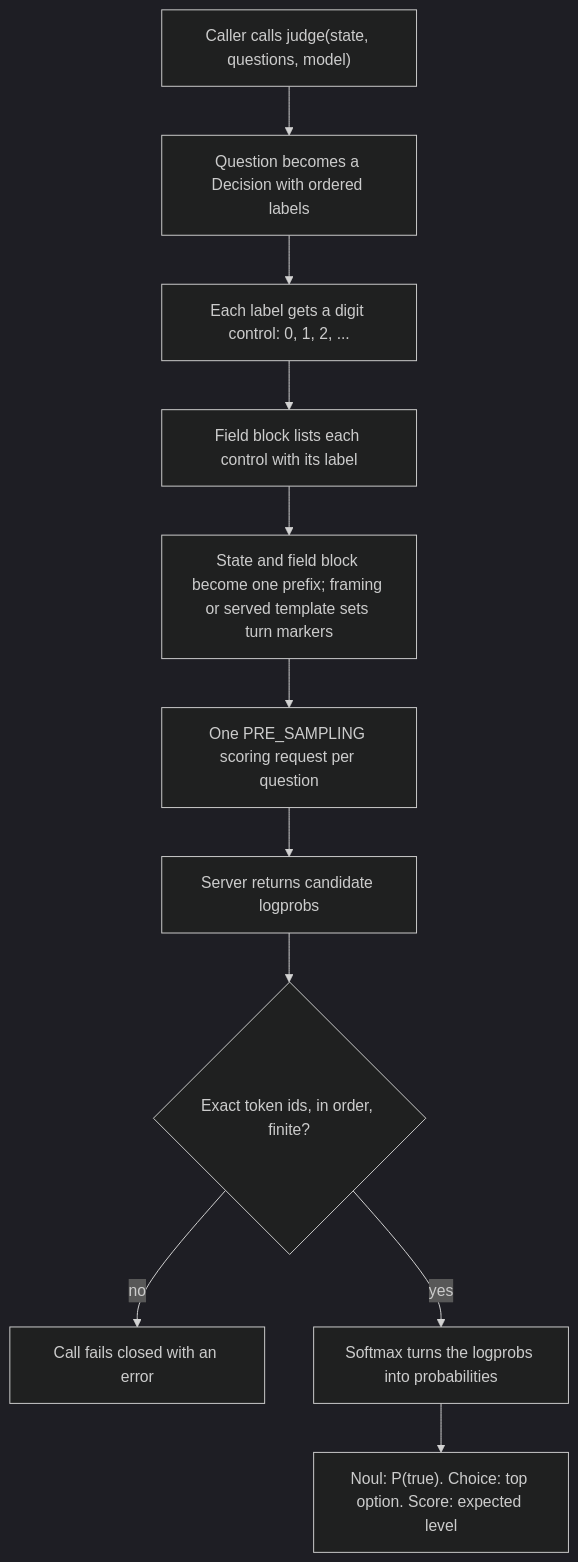
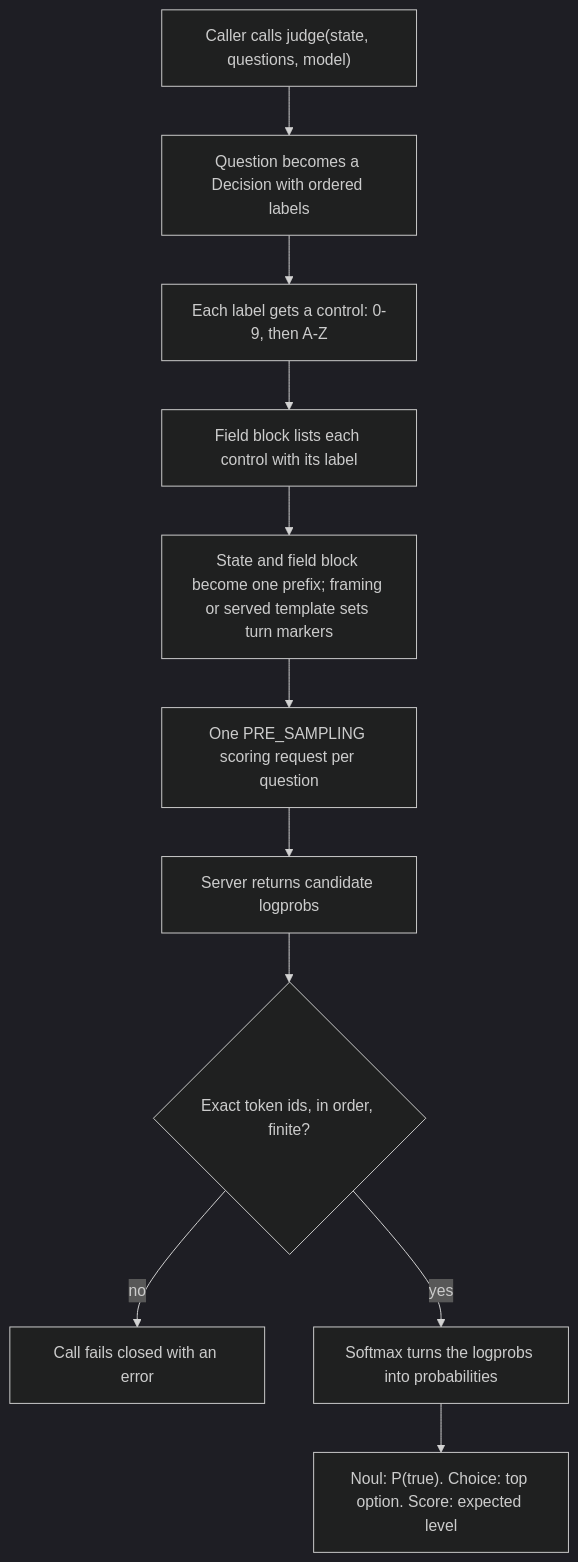
The diagram in docs/explanation/how-typevet-works-with-gemma-4.md (Alberto-Codes/typevet), drawn with Mermaid (dark theme) before and after one commit. The commit also changed other lines of this file and 9 other files, not shown here.

First line of the commit message:
feat(domain): native Choice up to 24 options with digit-then-letter controls

````diff
--- a/docs/explanation/how-typevet-works-with-gemma-4.md
+++ b/docs/explanation/how-typevet-works-with-gemma-4.md
@@ -42,13 +42,13 @@
 ```mermaid
 flowchart TD
     J["Caller calls judge(state, questions, model)"] --> D["Question becomes a Decision with ordered labels"]
-    D --> C["Each label gets a digit control: 0, 1, 2, ..."]
+    D --> C["Each label gets a control: 0-9, then A-Z"]
     C --> F["Field block lists each control with its label"]
     F --> P["State and field block become one prefix; framing or served template sets turn markers"]
     P --> R["One PRE_SAMPLING scoring request per question"]
     R --> L["Server returns candidate logprobs"]
     L --> V{"Exact token ids, in order, finite?"}
     V -- no --> E["Call fails closed with an error"]
     V -- yes --> S["Softmax turns the logprobs into probabilities"]
     S --> A["Noul: P(true). Choice: top option. Score: expected level"]
 ```
````
